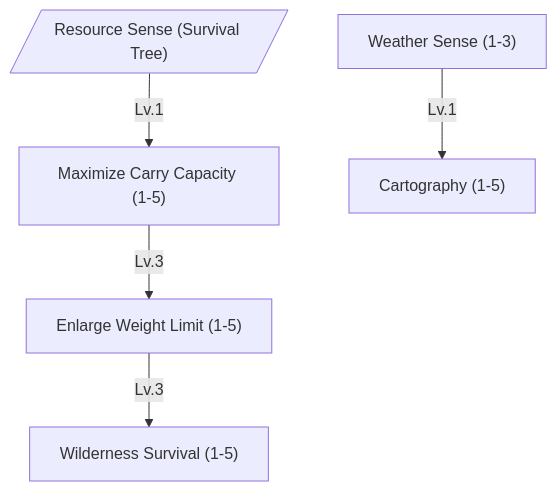
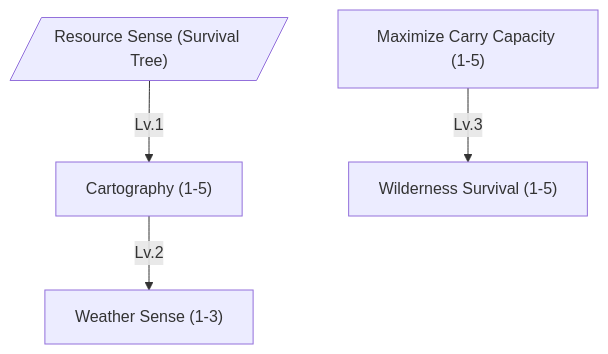
The eighth of 16 diagrams in content/docs/mechanics/master.md (tfelix/bestia-docs), drawn with Mermaid before and after one commit. The commit also changed other lines of this file, not shown here.

````diff
--- a/content/docs/mechanics/master.md
+++ b/content/docs/mechanics/master.md
@@ -712,14 +707,12 @@
 ```mermaid
 graph TD
     ResourceSense[/"Resource Sense (Survival Tree)"/]
     MaximizeCarryCapacity["Maximize Carry Capacity (1-5)"]
-    EnlargeWeightLimit["Enlarge Weight Limit (1-5)"]
     Cartography["Cartography (1-5)"]
     WildernessSurvival["Wilderness Survival (1-5)"]
     WeatherSense["Weather Sense (1-3)"]
 
-    ResourceSense -->|Lv.1| MaximizeCarryCapacity
-    MaximizeCarryCapacity -->|Lv.3| EnlargeWeightLimit
-    EnlargeWeightLimit -->|Lv.3| WildernessSurvival
-    WeatherSense -->|Lv.1| Cartography
+    MaximizeCarryCapacity -->|Lv.3| WildernessSurvival
+    ResourceSense -->|Lv.1| Cartography
+    Cartography -->|Lv.2| WeatherSense
 ```
````
